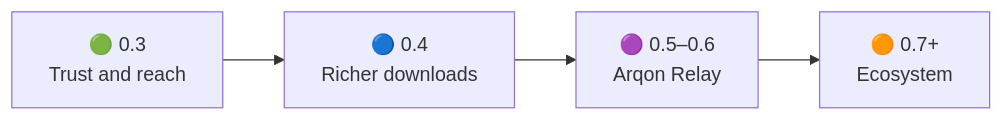
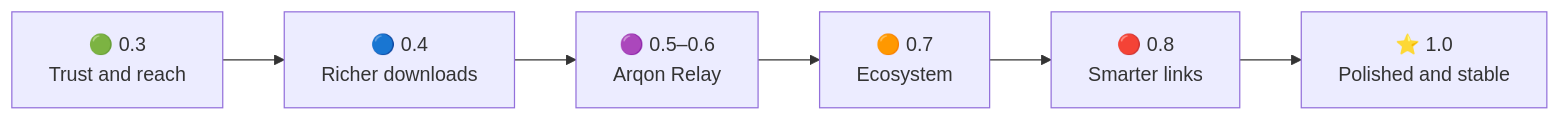
One commit to shaxboz1011/Arqon changed the diagram in ROADMAP.md. Above: the diagram before and after it, drawn with Mermaid. The commit also changed other lines of this file and 7 other files, not shown here.

First line of the commit message:
docs: richer roadmap with status up to 1.0, readme status rows and changelog for 0.3.0; give the speed test check room on a busy runner

````diff
--- a/ROADMAP.md
+++ b/ROADMAP.md
@@ -7,6 +9,8 @@
 ```mermaid
 flowchart LR
     A["🟢 0.3<br>Trust and reach"] --> B["🔵 0.4<br>Richer downloads"]
     B --> C["🟣 0.5–0.6<br>Arqon Relay"]
-    C --> D["🟠 0.7+<br>Ecosystem"]
+    C --> D["🟠 0.7<br>Ecosystem"]
+    D --> E["🔴 0.8<br>Smarter links"]
+    E --> F["⭐ 1.0<br>Polished and stable"]
 ```
````
